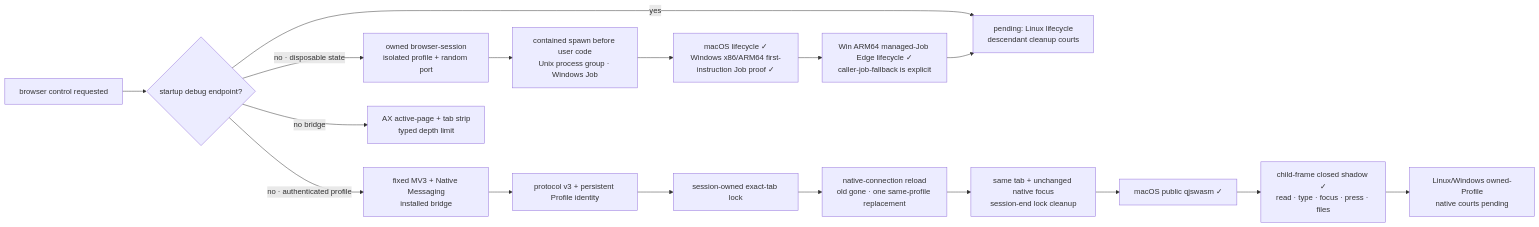
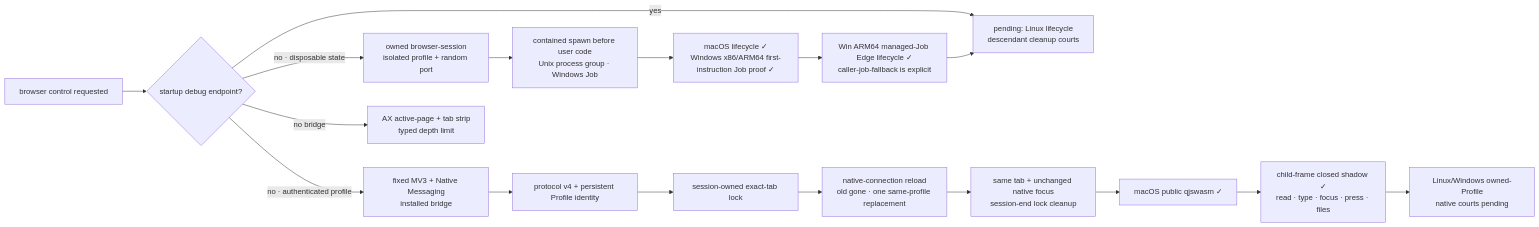
The seventh of 23 diagrams in prd/PRD_02_28_agenterm_cu.md (partnernetsoftware/agenterm), drawn with Mermaid before and after one commit. The commit also changed other lines of this file and 21 other files, not shown here.

````diff
--- a/prd/PRD_02_28_agenterm_cu.md
+++ b/prd/PRD_02_28_agenterm_cu.md
@@ -1161,19 +1170,19 @@
 ```mermaid
 flowchart LR
   B["browser control requested"] --> D{"startup debug endpoint?"}
   D -->|yes| P["borrow exact PID/port<br/>owned=false"]
   D -->|no · disposable state| S["owned browser-session<br/>isolated profile + random port"]
   D -->|no · authenticated profile| X["fixed MV3 + Native Messaging<br/>installed bridge"]
   D -->|no bridge| A["AX active-page + tab strip<br/>typed depth limit"]
   S --> C["contained spawn before user code<br/>Unix process group · Windows Job"]
   C --> E["macOS lifecycle ✓<br/>Windows x86/ARM64 first-instruction Job proof ✓"]
   E --> W["Win ARM64 managed-Job Edge lifecycle ✓<br/>caller-job-fallback is explicit"]
   W --> P["pending: Linux lifecycle<br/>descendant cleanup courts"]
-  X --> R["protocol v3 + persistent Profile identity"]
+  X --> R["protocol v4 + persistent Profile identity"]
   R --> Y["session-owned exact-tab lock"]
   Y --> L["native-connection reload<br/>old gone · one same-profile replacement"]
   L --> F["same tab + unchanged native focus<br/>session-end lock cleanup"]
   F --> M["macOS public qjswasm ✓"]
   M --> Z["child-frame closed shadow ✓<br/>read · type · focus · press · files"]
   Z --> Q["Linux/Windows owned-Profile<br/>native courts pending"]
 ```
````
